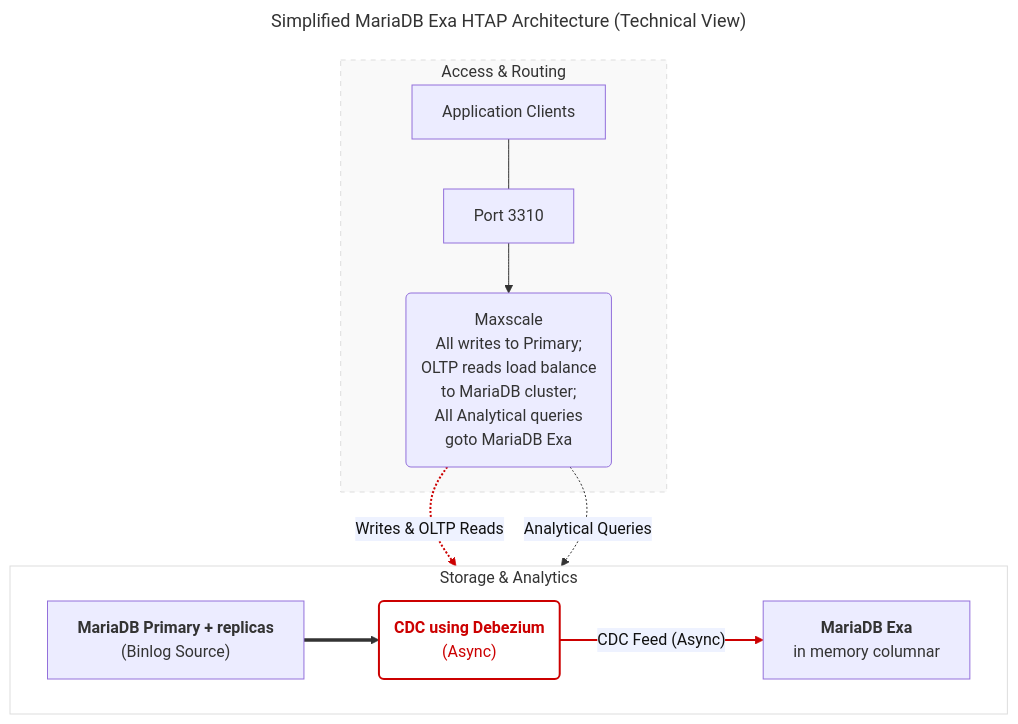
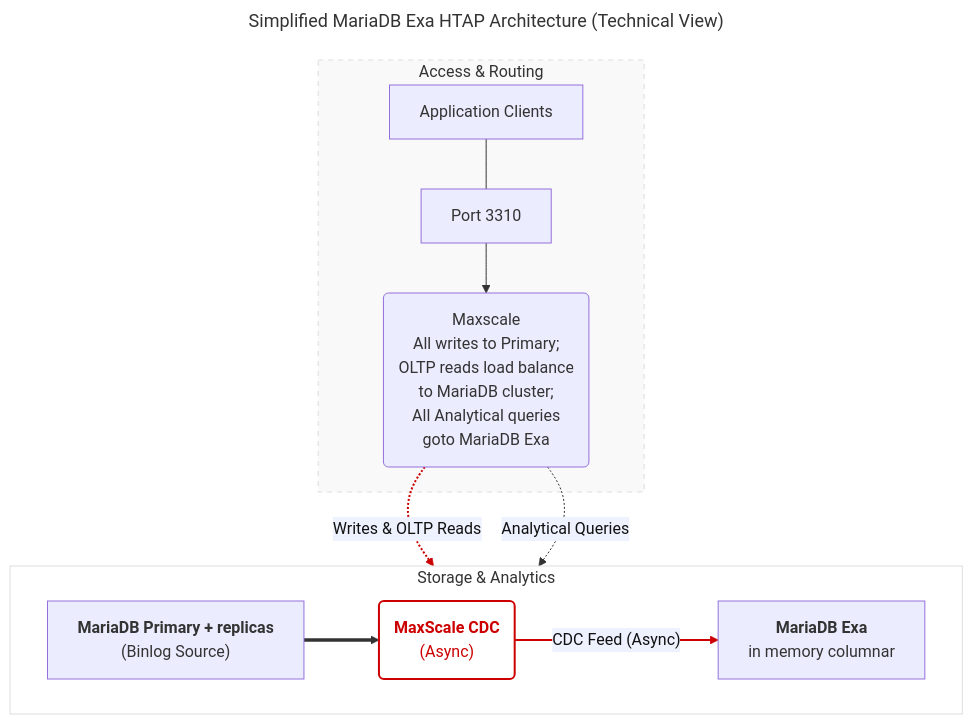
Before and after one commit to mariadb-corporation/mariadb-docs: the diagram in mariadb-cloud/quickstart/htap-mariadb-exa.md, drawn with Mermaid. The commit also changed other lines of this file and 5 other files, not shown here.

First line of the commit message:
DOCS-6500 Document the MariaDB Exa Public Preview features

````diff
--- a/mariadb-cloud/quickstart/htap-mariadb-exa.md
+++ b/mariadb-cloud/quickstart/htap-mariadb-exa.md
@@ -21,54 +21,54 @@
 ```mermaid
 ---
 title: Simplified MariaDB Exa HTAP Architecture (Technical View)
 ---
 %%{init: {"themeVariables": {"edgeLabelBackground": "#eef2ff"}}}%%
 graph TD
     accTitle: Simplified MariaDB Exa HTAP Architecture (Technical View)
     accDescr {
         Two groups are drawn. Access & Routing holds Application Clients, Port
         3310 and Maxscale. Storage & Analytics holds MariaDB Primary + replicas
-        (Binlog Source), CDC using Debezium (Async) and MariaDB Exa (in memory
+        (Binlog Source), MaxScale CDC (Async) and MariaDB Exa (in memory
         columnar). Application Clients and Port 3310 are joined by a line with no
         direction. An arrow leads from Port 3310 to Maxscale, whose text reads:
         All writes to Primary; OLTP reads load balance to MariaDB cluster; All
         Analytical queries goto MariaDB Exa. Two arrows lead from Maxscale: Writes
         & OLTP Reads to MariaDB Primary + replicas, and Analytical Queries to
         MariaDB Exa. In the second group, an arrow leads from MariaDB Primary +
-        replicas to CDC using Debezium, and an arrow labelled CDC Feed (Async)
-        leads from CDC using Debezium to MariaDB Exa.
+        replicas to MaxScale CDC, and an arrow labelled CDC Feed (Async)
+        leads from MaxScale CDC to MariaDB Exa.
     }
     %% Row 1: Access & Routing
     subgraph Routing_Layer [Access & Routing]
         App[Application Clients] --- Port["Port 3310"]
         Port --> MS(Maxscale<br/>All writes to Primary;<br/>OLTP reads load balance<br/>to MariaDB cluster;<br/>All Analytical queries<br/>goto MariaDB Exa)
     end
 
     %% Row 2: Storage & Sync
     subgraph Engine_Layer [Storage & Analytics]
         direction LR
         DB_Primary["<b>MariaDB Primary + replicas</b><br/>(Binlog Source)"]
         
         %% CDC Flow (Middle of Row 2)
-        DB_Primary ==> CDC("<b>CDC using Debezium</b><br/>(Async)")
+        DB_Primary ==> CDC("<b>MaxScale CDC</b><br/>(Async)")
         
         CDC == "CDC Feed (Async)" ==> EXA["<b>MariaDB Exa</b><br/>in memory columnar"]
     end
 
     %% Connections between Rows
     MS -.->|"Writes & OLTP Reads"| DB_Primary
     MS -.->|"Analytical Queries"| EXA
 
     %% Styling
     classDef redNode fill:#fff,stroke:#cc0000,stroke-width:2px,color:#cc0000;
     class CDC redNode;
     
     %% Red lines for CDC flow
     linkStyle 3 stroke:#cc0000,stroke-width:2px;
     linkStyle 4 stroke:#cc0000,stroke-width:2px;
     
     %% Style subgraphs to be subtle
     style Routing_Layer fill:#f9f9f9,stroke:#ddd,stroke-dasharray: 5 5
     style Engine_Layer fill:#fff,stroke:#ddd
     linkStyle default color:#111111
 ```
````
